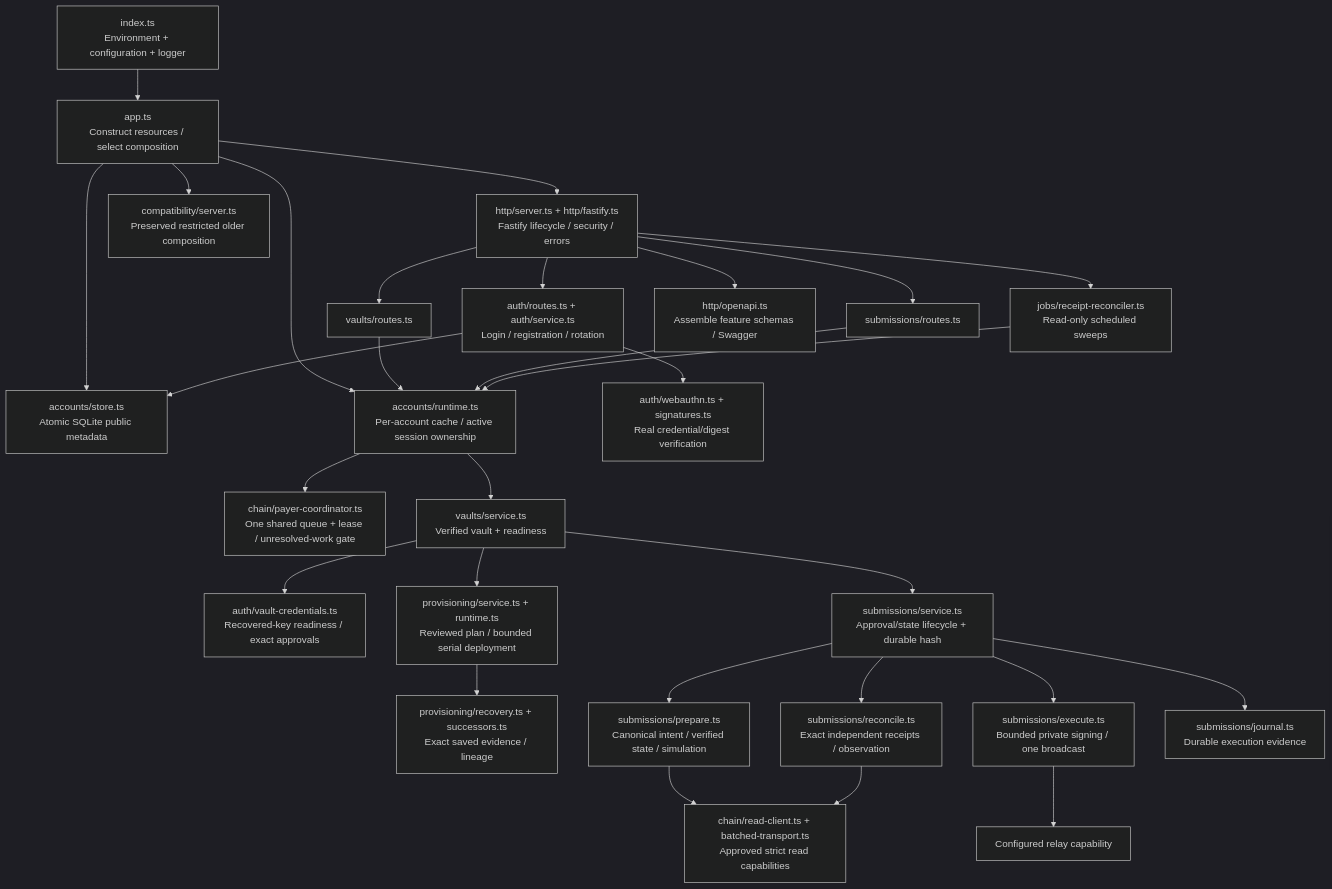
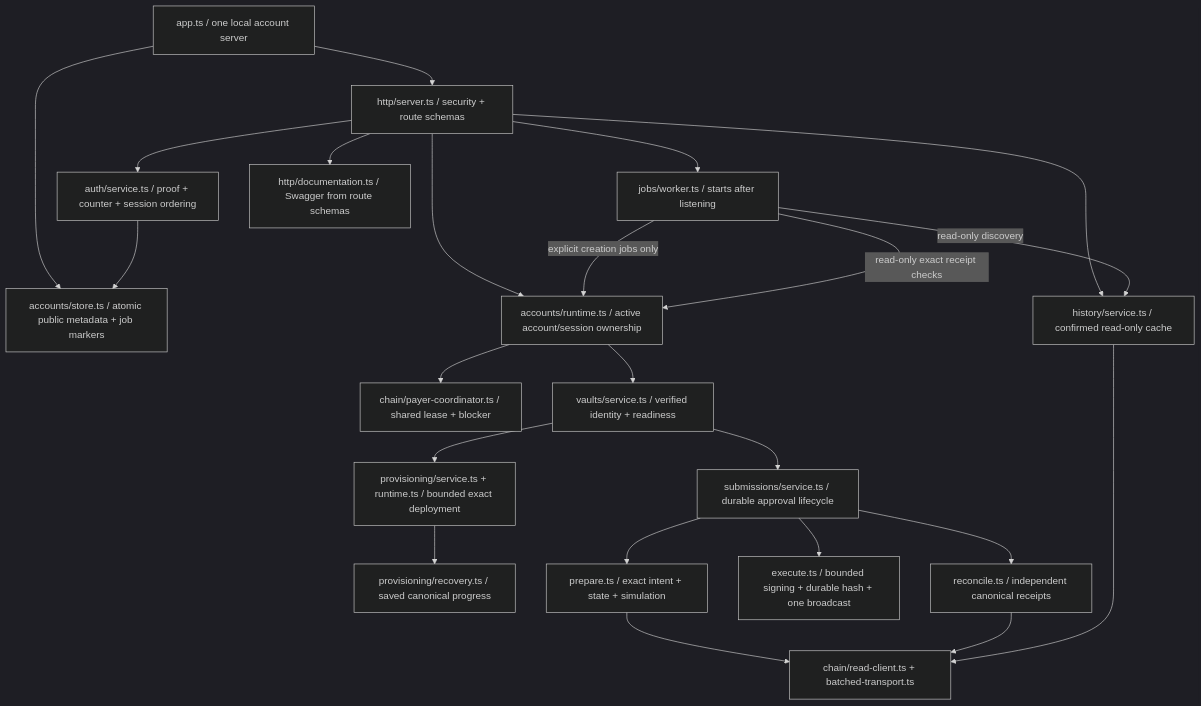
The second of 2 diagrams in docs/codebase-map.md (vibern0/tiered-spending-guard), drawn with Mermaid (dark theme) before and after one commit. The commit also changed other lines of this file and 121 other files, not shown here.

First line of the commit message:
refactor: simplify local vault backend

````diff
--- a/docs/codebase-map.md
+++ b/docs/codebase-map.md
@@ -71,31 +65,25 @@
 ```mermaid
 flowchart TD
-    Index["index.ts\nEnvironment + configuration + logger"] --> App["app.ts\nConstruct resources / select composition"]
-    App --> HTTP["http/server.ts + http/fastify.ts\nFastify lifecycle / security / errors"]
-    App --> Store["accounts/store.ts\nAtomic SQLite public metadata"]
-    App --> Runtime["accounts/runtime.ts\nPer-account cache / active session ownership"]
-    HTTP --> Auth["auth/routes.ts + auth/service.ts\nLogin / registration / rotation"]
+    App["app.ts / one local account server"] --> HTTP["http/server.ts / security + route schemas"]
+    App --> Store["accounts/store.ts / atomic public metadata + job markers"]
+    HTTP --> Auth["auth/service.ts / proof + counter + session ordering"]
     Auth --> Store
-    Auth --> Crypto["auth/webauthn.ts + signatures.ts\nReal credential/digest verification"]
-    HTTP --> VaultRoutes["vaults/routes.ts"]
-    HTTP --> SubmissionRoutes["submissions/routes.ts"]
-    VaultRoutes --> Runtime
-    SubmissionRoutes --> Runtime
-    Runtime --> Payer["chain/payer-coordinator.ts\nOne shared queue + lease / unresolved-work gate"]
-    Runtime --> Vault["vaults/service.ts\nVerified vault + readiness"]
-    Vault --> Credentials["auth/vault-credentials.ts\nRecovered-key readiness / exact approvals"]
-    Vault --> Provision["provisioning/service.ts + runtime.ts\nReviewed plan / bounded serial deployment"]
-    Provision --> Recovery["provisioning/recovery.ts + successors.ts\nExact saved evidence / lineage"]
-    Vault --> Lifecycle["submissions/service.ts\nApproval/state lifecycle + durable hash"]
-    Lifecycle --> Prepare["submissions/prepare.ts\nCanonical intent / verified state / simulation"]
-    Lifecycle --> Execute["submissions/execute.ts\nBounded private signing / one broadcast"]
-    Lifecycle --> Receipt["submissions/reconcile.ts\nExact independent receipts / observation"]
-    Lifecycle --> Journal["submissions/journal.ts\nDurable execution evidence"]
-    Prepare --> Readers["chain/read-client.ts + batched-transport.ts\nApproved strict read capabilities"]
+    HTTP --> Gateway["accounts/runtime.ts / active account/session ownership"]
+    HTTP --> History["history/service.ts / confirmed read-only cache"]
+    HTTP --> Worker["jobs/worker.ts / starts after listening"]
+    Worker -->|"explicit creation jobs only"| Gateway
+    Worker -->|"read-only exact receipt checks"| Gateway
+    Worker -->|"read-only discovery"| History
+    Gateway --> Payer["chain/payer-coordinator.ts / shared lease + blocker"]
+    Gateway --> Vault["vaults/service.ts / verified identity + readiness"]
+    Vault --> Provision["provisioning/service.ts + runtime.ts / bounded exact deployment"]
+    Provision --> Recovery["provisioning/recovery.ts / saved canonical progress"]
+    Vault --> Submission["submissions/service.ts / durable approval lifecycle"]
+    Submission --> Prepare["prepare.ts / exact intent + state + simulation"]
+    Submission --> Execute["execute.ts / bounded signing + durable hash + one broadcast"]
+    Submission --> Receipt["reconcile.ts / independent canonical receipts"]
+    Prepare --> Readers["chain/read-client.ts + batched-transport.ts"]
     Receipt --> Readers
-    Execute --> Relay["Configured relay capability"]
-    HTTP --> Job["jobs/receipt-reconciler.ts\nRead-only scheduled sweeps"]
-    Job --> Runtime
-    HTTP --> Docs["http/openapi.ts\nAssemble feature schemas / Swagger"]
-    App --> Compatibility["compatibility/server.ts\nPreserved restricted older composition"]
+    History --> Readers
+    HTTP --> Docs["http/documentation.ts / Swagger from route schemas"]
 ```
````
